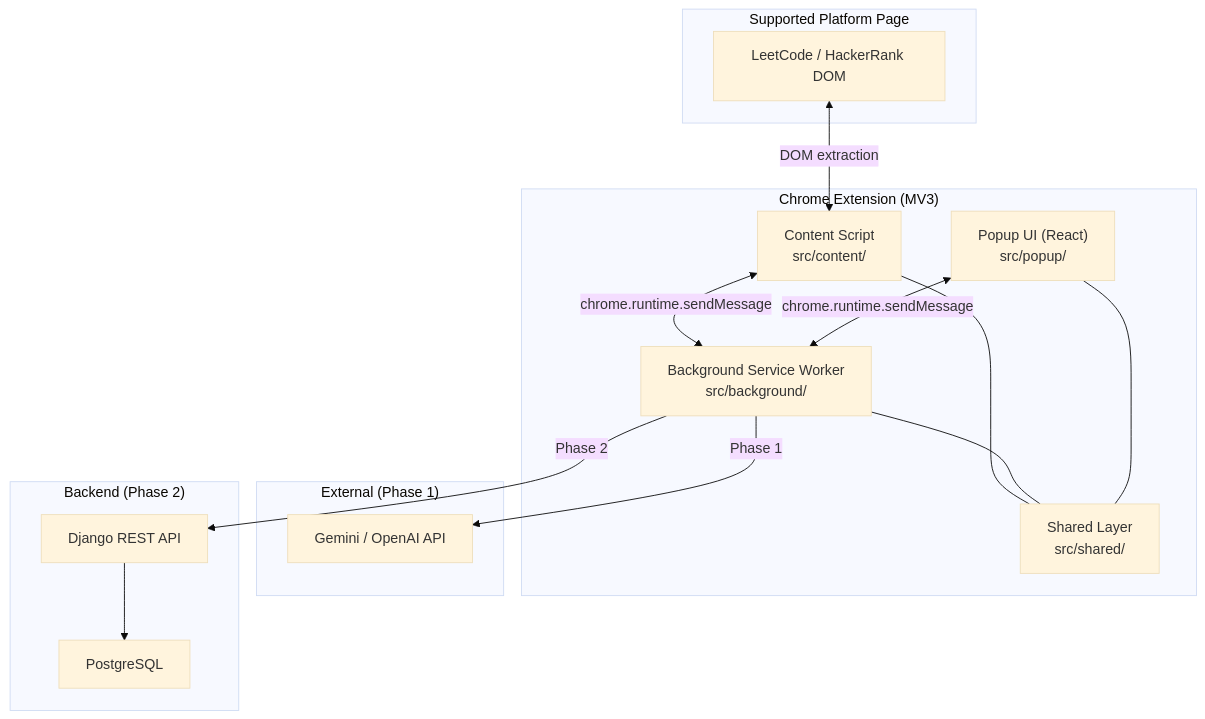
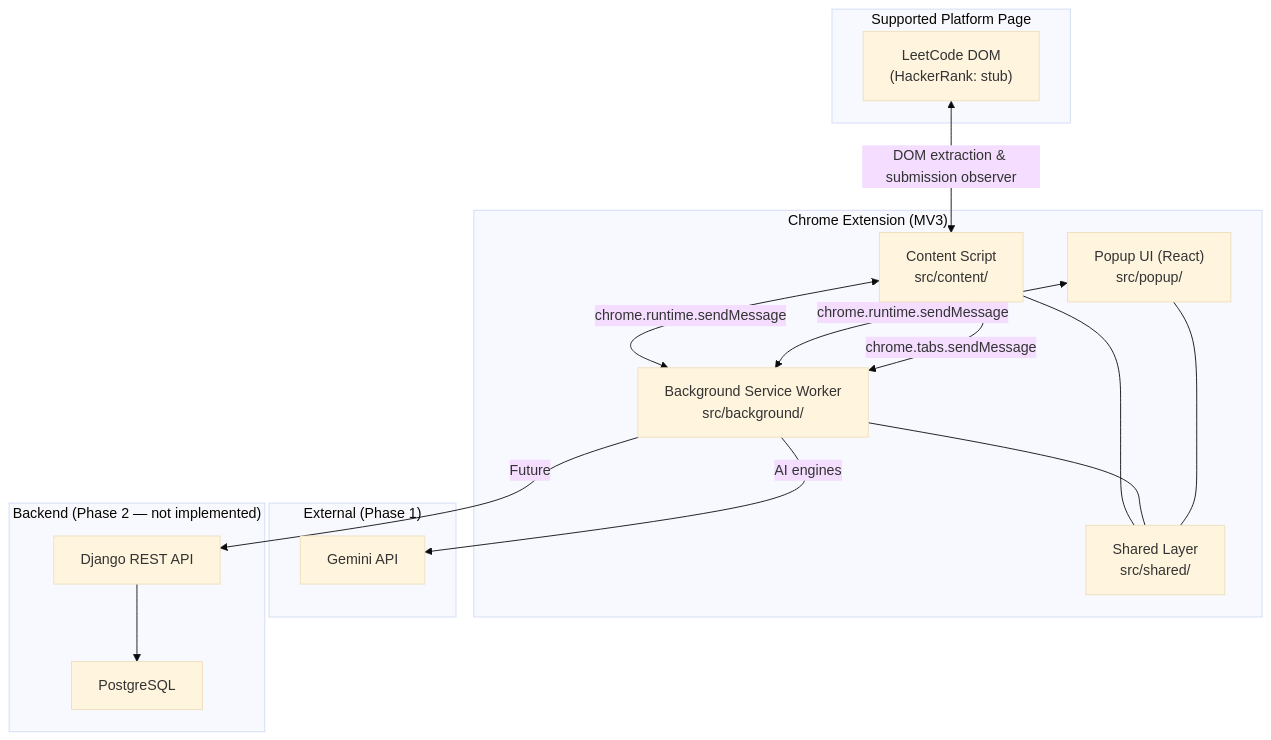
The diagram in ARCHITECTURE.md (VoMinhHung-SR/interview-forge), drawn with Mermaid (base theme) before and after one commit. The commit also changed other lines of this file and 37 other files, not shown here.

First line of the commit message:
feat: enhance architecture documentation and add features inventory

````diff
--- a/ARCHITECTURE.md
+++ b/ARCHITECTURE.md
@@ -9,32 +11,33 @@
 ```mermaid
 flowchart TB
     subgraph Page["Supported Platform Page"]
-        DOM["LeetCode / HackerRank DOM"]
+        DOM["LeetCode DOM\n(HackerRank: stub)"]
     end
 
     subgraph Extension["Chrome Extension (MV3)"]
         CS["Content Script\nsrc/content/"]
         BG["Background Service Worker\nsrc/background/"]
         POP["Popup UI (React)\nsrc/popup/"]
         SHARED["Shared Layer\nsrc/shared/"]
     end
 
     subgraph External["External (Phase 1)"]
-        AI["Gemini / OpenAI API"]
+        AI["Gemini API"]
     end
 
-    subgraph Backend["Backend (Phase 2)"]
+    subgraph Backend["Backend (Phase 2 — not implemented)"]
         API["Django REST API"]
         DB["PostgreSQL"]
     end
 
-    DOM <-->|DOM extraction| CS
+    DOM <-->|DOM extraction & submission observer| CS
     CS <-->|chrome.runtime.sendMessage| BG
     POP <-->|chrome.runtime.sendMessage| BG
+    BG <-->|chrome.tabs.sendMessage| CS
     CS --- SHARED
     BG --- SHARED
     POP --- SHARED
-    BG -->|Phase 1| AI
-    BG -->|Phase 2| API
+    BG -->|AI engines| AI
+    BG -->|Future| API
     API --> DB
 ```
````
